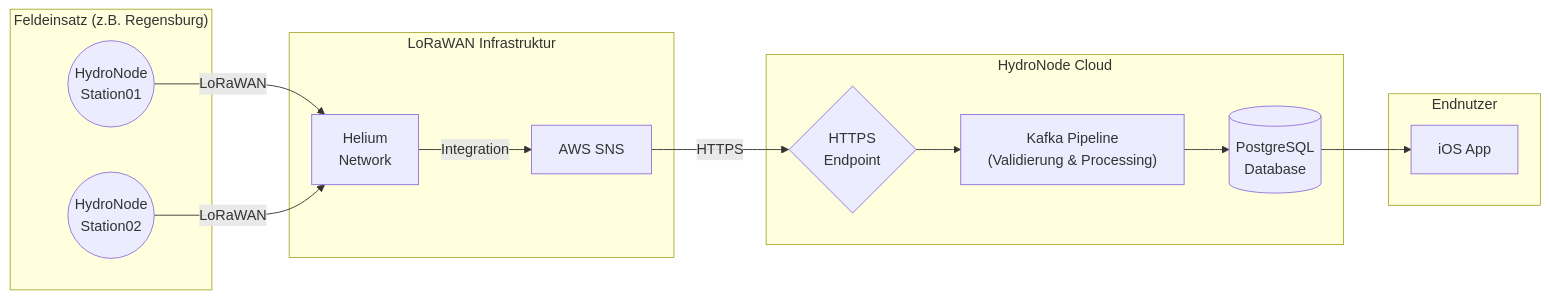
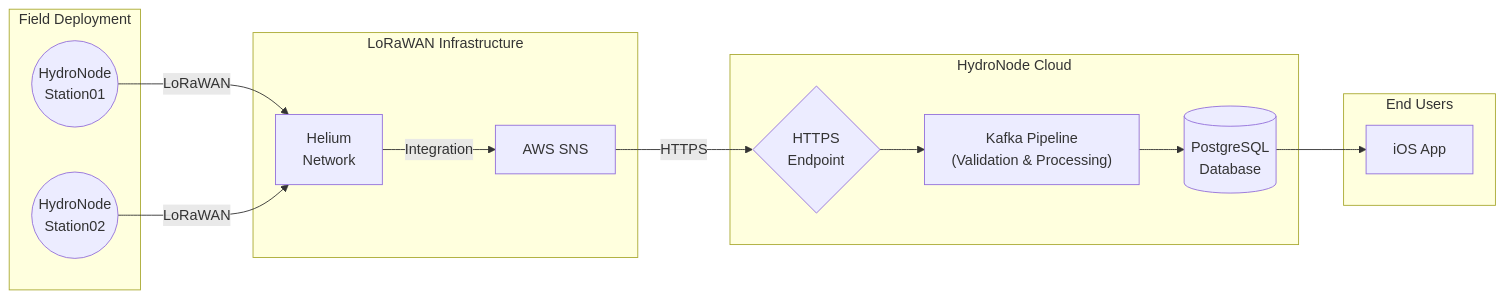
One commit to TexhFexLabs/HydroNodeStation changed the diagram in README.md. Above: the diagram before and after it, drawn with Mermaid. The commit also changed other lines of this file and 48 other files, not shown here.

````diff
--- a/README.md
+++ b/README.md
@@ -49,30 +79,30 @@
 ```mermaid
 flowchart LR
-    subgraph Field ["Feldeinsatz (z.B. Regensburg)"]
+    subgraph Field ["Field Deployment"]
         Node1(("HydroNode\nStation01"))
         Node2(("HydroNode\nStation02"))
     end
 
-    subgraph Network ["LoRaWAN Infrastruktur"]
+    subgraph Network ["LoRaWAN Infrastructure"]
         Helium["Helium\nNetwork"]
         SNS["AWS SNS"]
     end
 
     subgraph Backend ["HydroNode Cloud"]
         API{"HTTPS\nEndpoint"}
-        Kafka["Kafka Pipeline\n(Validierung & Processing)"]
+        Kafka["Kafka Pipeline\n(Validation & Processing)"]
         DB[("PostgreSQL\nDatabase")]
     end
-    
-    subgraph Client ["Endnutzer"]
+
+    subgraph Client ["End Users"]
         App["iOS App"]
     end
 
     Node1 -- LoRaWAN --> Helium
     Node2 -- LoRaWAN --> Helium
     Helium -- Integration --> SNS
     SNS -- HTTPS --> API
     API --> Kafka
     Kafka --> DB
     DB --> App
 ```
````
